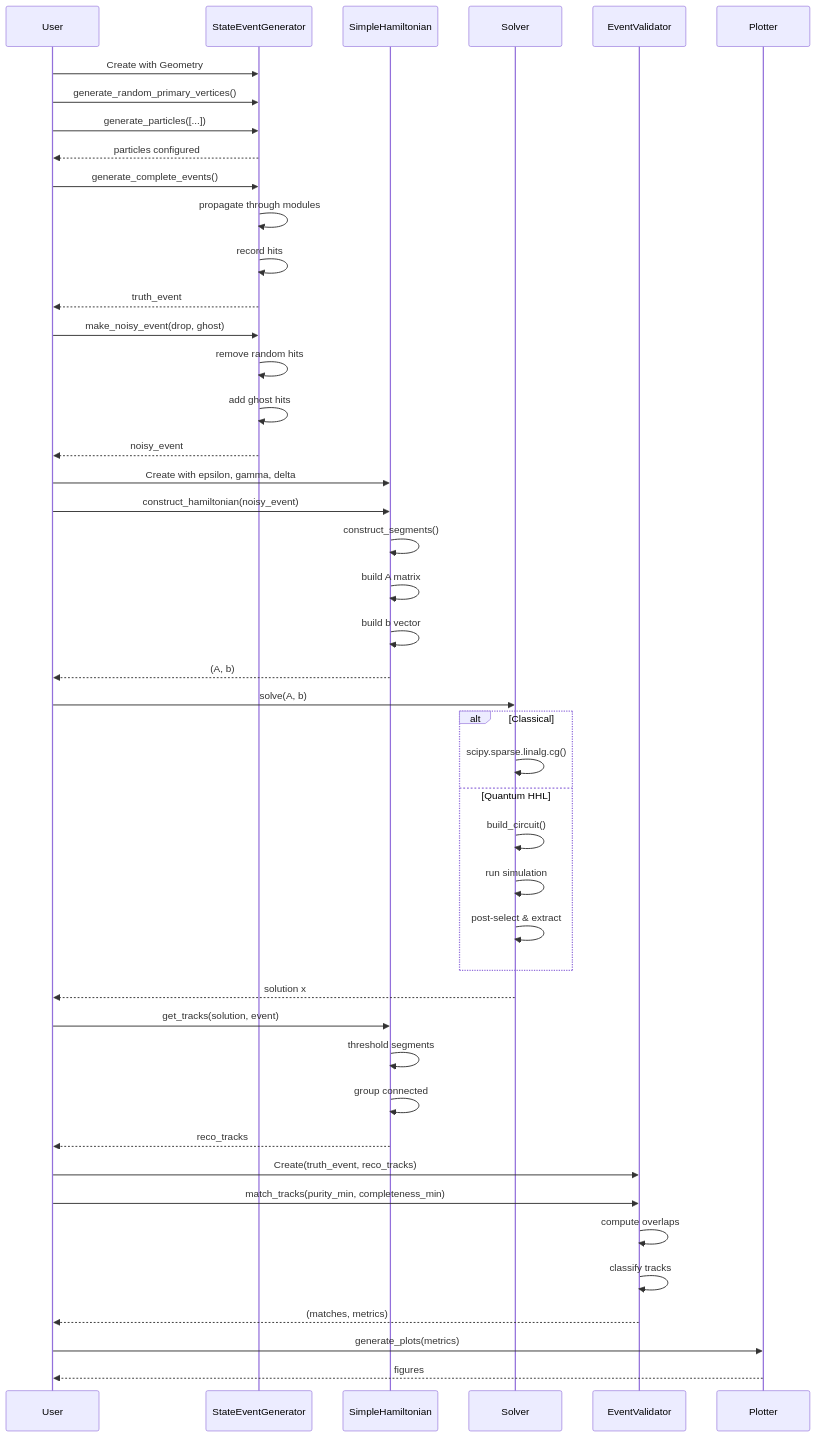
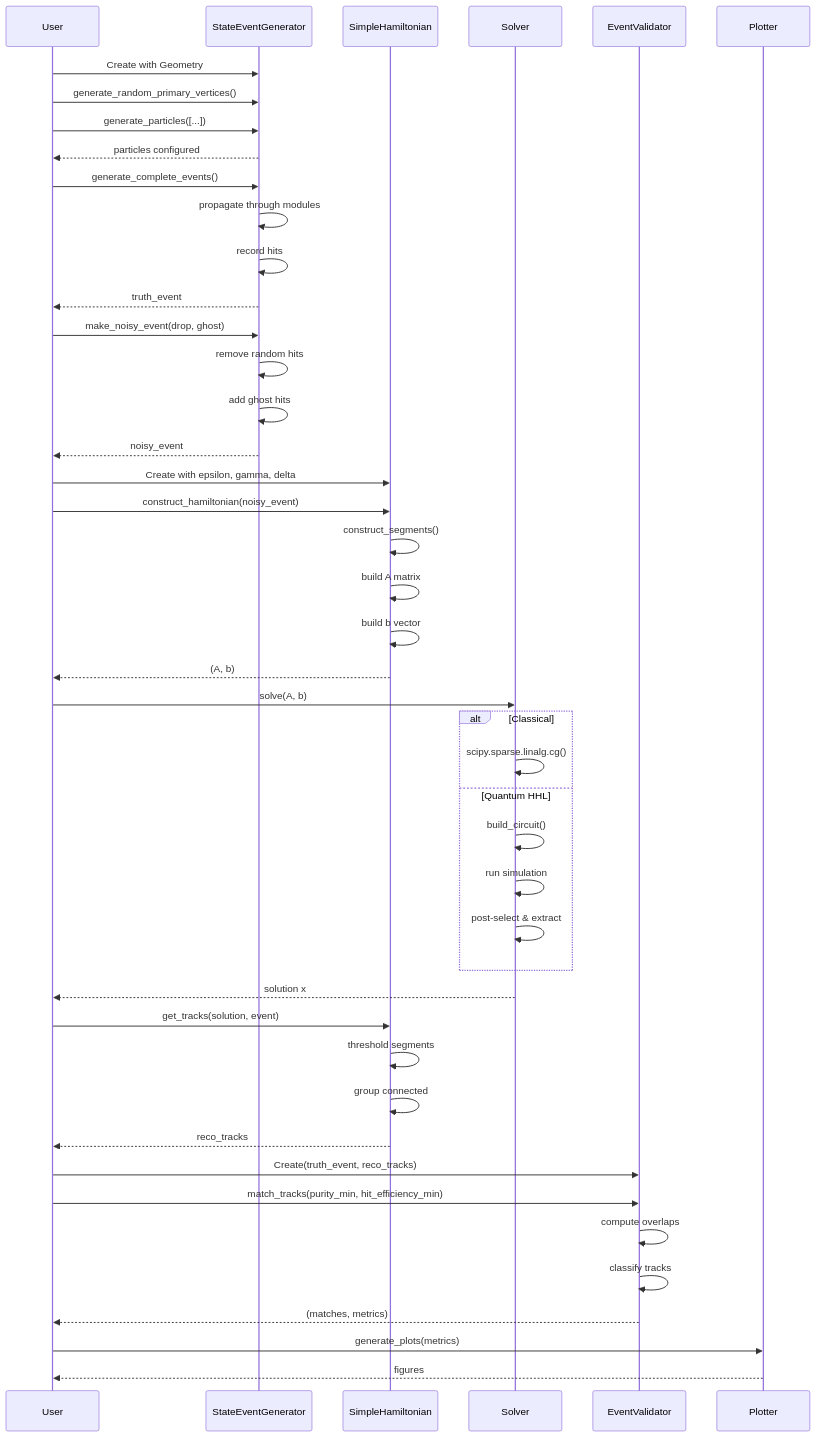
Before and after one commit to GeorgeWilliam1999/LHCb_VeLo_Toy_Model: the tenth of 13 diagrams in docs/FLOW_DIAGRAMS.md, drawn with Mermaid. The commit also changed other lines of this file and 32 other files, not shown here.

````diff
--- a/docs/FLOW_DIAGRAMS.md
+++ b/docs/FLOW_DIAGRAMS.md
@@ -606,55 +606,55 @@
 ```mermaid
 sequenceDiagram
     participant User
     participant Gen as StateEventGenerator
     participant Ham as SimpleHamiltonian
     participant Sol as Solver
     participant Val as EventValidator
     participant Plot as Plotter
     
     User->>Gen: Create with Geometry
     User->>Gen: generate_random_primary_vertices()
     User->>Gen: generate_particles([...])
     Gen-->>User: particles configured
     
     User->>Gen: generate_complete_events()
     Gen->>Gen: propagate through modules
     Gen->>Gen: record hits
     Gen-->>User: truth_event
     
     User->>Gen: make_noisy_event(drop, ghost)
     Gen->>Gen: remove random hits
     Gen->>Gen: add ghost hits
     Gen-->>User: noisy_event
     
     User->>Ham: Create with epsilon, gamma, delta
     User->>Ham: construct_hamiltonian(noisy_event)
     Ham->>Ham: construct_segments()
     Ham->>Ham: build A matrix
     Ham->>Ham: build b vector
     Ham-->>User: (A, b)
     
     User->>Sol: solve(A, b)
     alt Classical
         Sol->>Sol: scipy.sparse.linalg.cg()
     else Quantum HHL
         Sol->>Sol: build_circuit()
         Sol->>Sol: run simulation
         Sol->>Sol: post-select & extract
     end
     Sol-->>User: solution x
     
     User->>Ham: get_tracks(solution, event)
     Ham->>Ham: threshold segments
     Ham->>Ham: group connected
     Ham-->>User: reco_tracks
     
     User->>Val: Create(truth_event, reco_tracks)
-    User->>Val: match_tracks(purity_min, completeness_min)
+    User->>Val: match_tracks(purity_min, hit_efficiency_min)
     Val->>Val: compute overlaps
     Val->>Val: classify tracks
     Val-->>User: (matches, metrics)
     
     User->>Plot: generate_plots(metrics)
     Plot-->>User: figures
 ```
````
